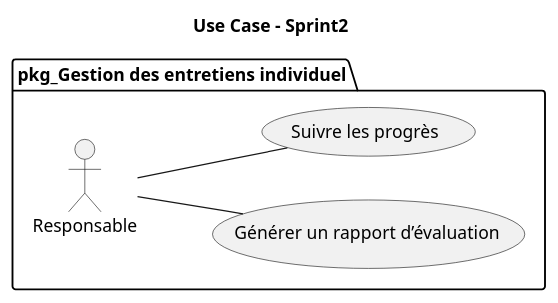
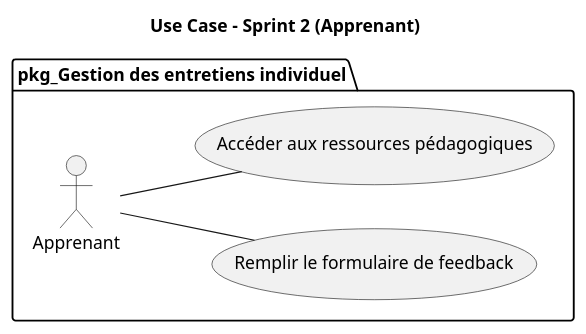
The diagram in Branche Fonctionnelle/Analyse/UseCaseSprint2.puml (bardichoussama/FileRouge), drawn with PlantUML before and after one commit. The commit also changed 7 other files, not shown here.

```diff
--- a/Branche Fonctionnelle/Analyse/UseCaseSprint2.puml
+++ b/Branche Fonctionnelle/Analyse/UseCaseSprint2.puml
@@ -1,13 +1,15 @@
 @startuml
 package "pkg_Gestion des entretiens individuel" {
-    title Use Case - Sprint2
+    title Use Case - Sprint 2 (Apprenant)
 
     left to right direction
-    actor Responsable as RF
-    
-  RF -- (Générer un rapport d’évaluation)
-  RF -- (Suivre les progrès)
 
-  
+    actor "Apprenant" as Apprenant
+
+    usecase "Remplir le formulaire de feedback" as UC4
+    usecase "Accéder aux ressources pédagogiques" as UC5
+
+    Apprenant -- UC4
+    Apprenant -- UC5
 }
 @enduml
```
